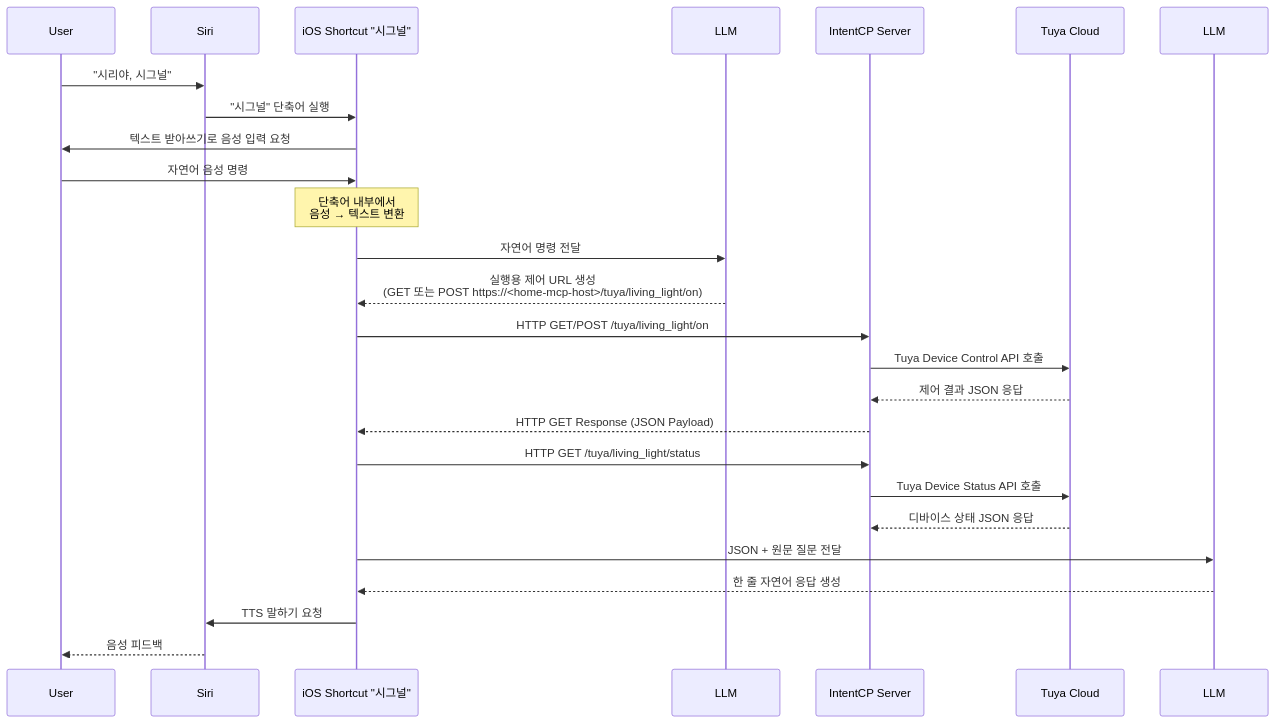
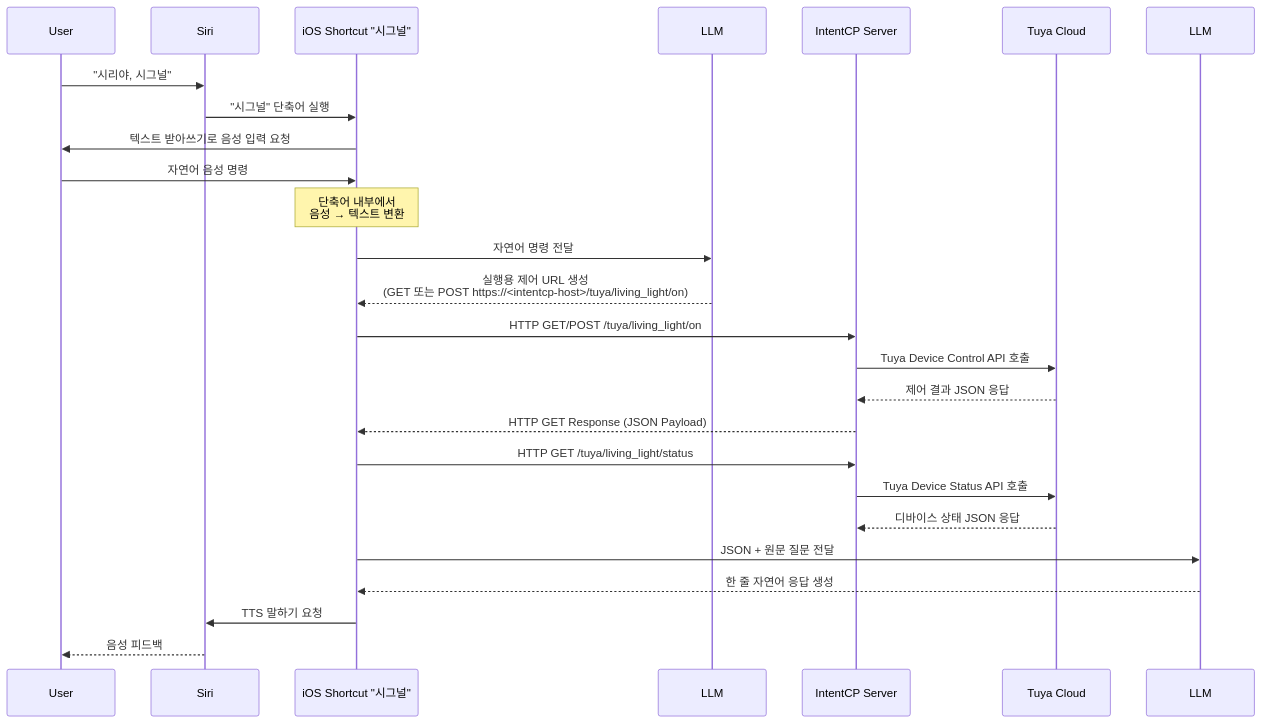
One commit to jaebinsim/HomeMCP changed the first of 2 diagrams in README.ko.md. Above: the diagram before and after it, drawn with Mermaid. The commit also changed other lines of this file and 1 other file, not shown here.

Commit message:
docs: reframe IntentCP vision and architecture (rename, philosophy, roadmap)

````diff
--- a/README.ko.md
+++ b/README.ko.md
@@ -139,42 +146,42 @@
 ```mermaid
 sequenceDiagram
     participant User as User
     participant Siri as Siri
     participant Shortcuts as iOS Shortcut "시그널"
     participant LLM1 as LLM #1 (Command Generator)
     participant IntentCP as IntentCP Server
     participant Tuya as Tuya Cloud
     participant LLM2 as LLM #2 (Response Generator)
 
     %% 1. 단축어 호출
     User->>Siri: "시리야, 시그널"
     Siri->>Shortcuts: "시그널" 단축어 실행
 
     %% 2. 단축어 안에서 음성 → 텍스트
     Shortcuts->>User: 텍스트 받아쓰기로 음성 입력 요청
     User->>Shortcuts: 자연어 음성 명령
     Note over Shortcuts: 단축어 내부에서<br/>음성 → 텍스트 변환
 
     %% 3. LLM #1: 명령 URL 생성
     Shortcuts->>LLM1: 자연어 명령 전달
-    LLM1-->>Shortcuts: 실행용 제어 URL 생성<br/>(GET 또는 POST https://<home-mcp-host>/tuya/living_light/on)
+    LLM1-->>Shortcuts: 실행용 제어 URL 생성<br/>(GET 또는 POST https://<intentcp-host>/tuya/living_light/on)
 
     %% 4. IntentCP ↔ Tuya (Device Control)
     Shortcuts->>IntentCP: HTTP GET/POST /tuya/living_light/on
     IntentCP->>Tuya: Tuya Device Control API 호출
     Tuya-->>IntentCP: 제어 결과 JSON 응답
     IntentCP-->>Shortcuts: HTTP GET Response (JSON Payload)
 
     %% 4-1. Device Status Query (Optional)
     Shortcuts->>IntentCP: HTTP GET /tuya/living_light/status
     IntentCP->>Tuya: Tuya Device Status API 호출
     Tuya-->>IntentCP: 디바이스 상태 JSON 응답
 
     %% 5. LLM #2: 응답 문장 생성
     Shortcuts->>LLM2: JSON + 원문 질문 전달
     LLM2-->>Shortcuts: 한 줄 자연어 응답 생성
 
     %% 6. 최종 피드백
     Shortcuts->>Siri: TTS 말하기 요청
     Siri-->>User: 음성 피드백
 ```
````
